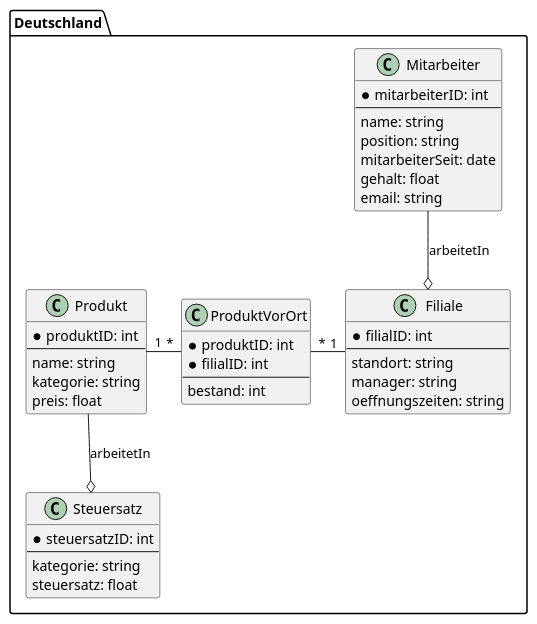
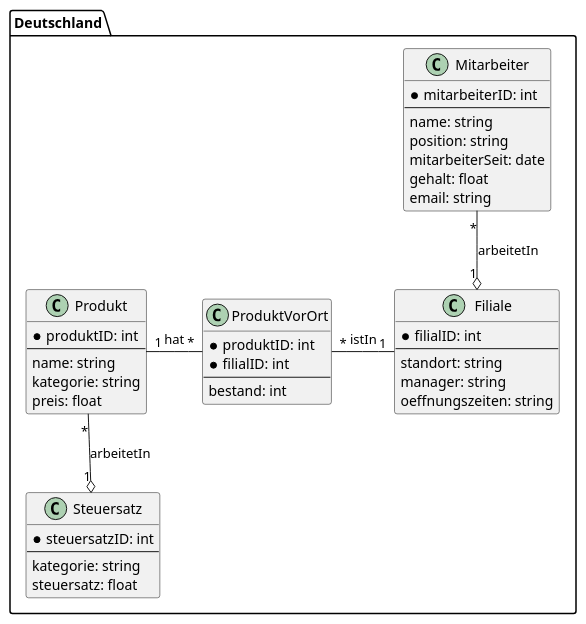
Before and after one commit to marius-a-mueller/avg-datenintegration: the diagram in Deutschland/Deutschland.plantuml, drawn with PlantUML. The commit also changed 2 other files, not shown here.

```diff
--- a/Deutschland/Deutschland.plantuml
+++ b/Deutschland/Deutschland.plantuml
@@ -1,50 +1,50 @@
 @startuml Deutschland
 package Deutschland {
     class Mitarbeiter {
         *mitarbeiterID: int
 --
         name: string
         position: string
         mitarbeiterSeit: date
         gehalt: float
         email: string
     }
     
     class Produkt {
         *produktID: int
 --
         name: string
         kategorie: string
         preis: float
     }
     
     class Steuersatz {
         *steuersatzID: int
 --
         kategorie: string
         steuersatz: float
     }
     
     class ProduktVorOrt {
         *produktID: int
         *filialID: int
 --
         bestand: int
     }
     
     class Filiale {
         *filialID: int
 --
         standort: string
         manager: string
         oeffnungszeiten: string
     }
 
-Produkt "1" -right- "*" ProduktVorOrt 
-Filiale "1" -left- "*" ProduktVorOrt 
-Mitarbeiter --o Filiale : arbeitetIn
-Produkt --o Steuersatz : arbeitetIn
+Produkt "1" -right- "*" ProduktVorOrt : hat
+Filiale "1" -left- "*" ProduktVorOrt : istIn
+Mitarbeiter "*" --o "1" Filiale : arbeitetIn
+Produkt "*" --o "1" Steuersatz : arbeitetIn
 
 
 }
 @enduml
```
